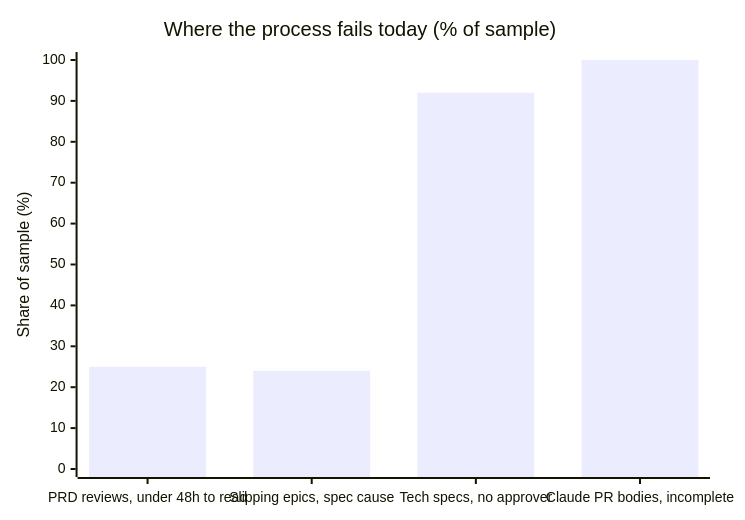
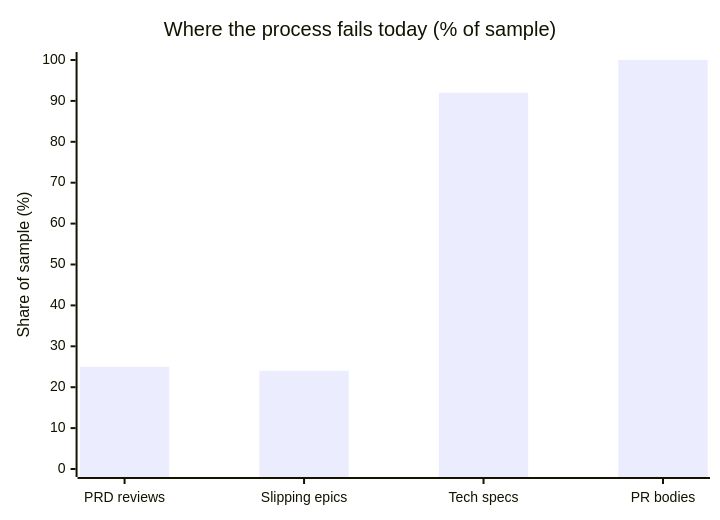
The first of 9 diagrams in tech-specs/aif-epic-restructure.mdx (escote-tatari/mintlify-poc), drawn with Mermaid before and after one commit. The commit also changed other lines of this file, not shown here.

First line of the commit message:
Tech spec: tighten charts, verb table and diagrams for page width

````diff
--- a/tech-specs/aif-epic-restructure.mdx
+++ b/tech-specs/aif-epic-restructure.mdx
@@ -60,7 +67,7 @@
 ```mermaid
 xychart-beta
     title "Where the process fails today (% of sample)"
-    x-axis ["PRD reviews, under 48h to read", "Slipping epics, spec cause", "Tech specs, no approver", "Claude PR bodies, incomplete"]
+    x-axis ["PRD reviews", "Slipping epics", "Tech specs", "PR bodies"]
     y-axis "Share of sample (%)" 0 --> 100
     bar [25, 24, 92, 100]
 ```
````
